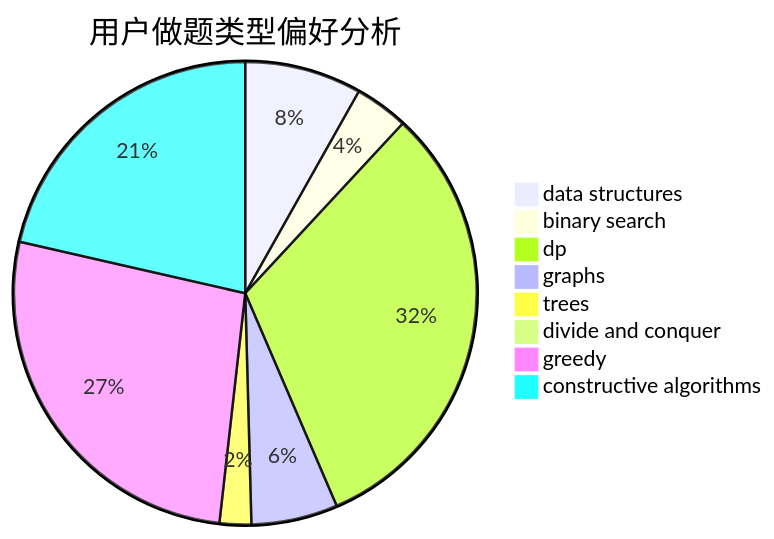
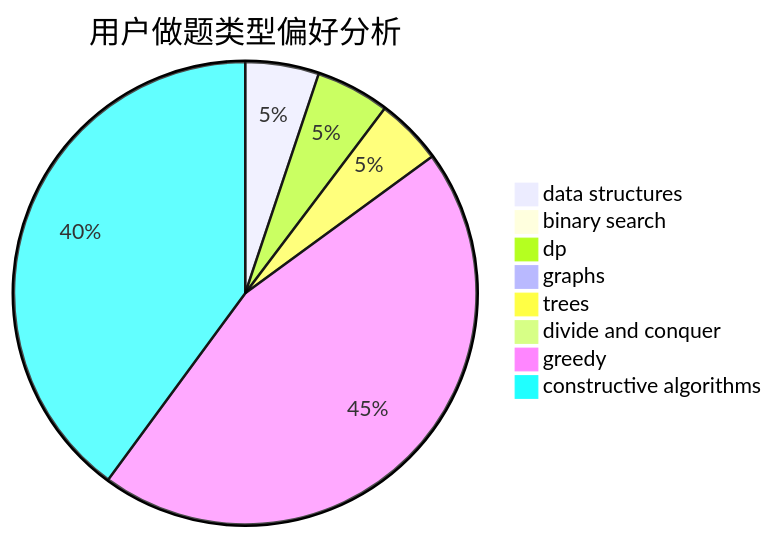
One commit to sherpahu/cfrs.github.io changed the second of 3 diagrams in docs/user/u2356.md. Above: the diagram before and after it, drawn with Mermaid. The commit also changed other lines of this file and 2770 other files, not shown here.

````diff
--- a/docs/user/u2356.md
+++ b/docs/user/u2356.md
@@ -23,11 +23,11 @@
 ```mermaid
 pie title 用户做题类型偏好分析
-    "data structures" :  96
-    "binary search" :  44
-    "dp" :  372
-    "graphs" :  71
-    "trees" :  26
-    "divide and conquer" :  1
-    "greedy" :  315
-    "constructive algorithms" :  252
+    "data structures" :  117
+    "binary search" :  20
+    "dp" :  117
+    "graphs" :  0
+    "trees" :  106
+    "divide and conquer" :  0
+    "greedy" :  1027
+    "constructive algorithms" :  908
 ```
````
